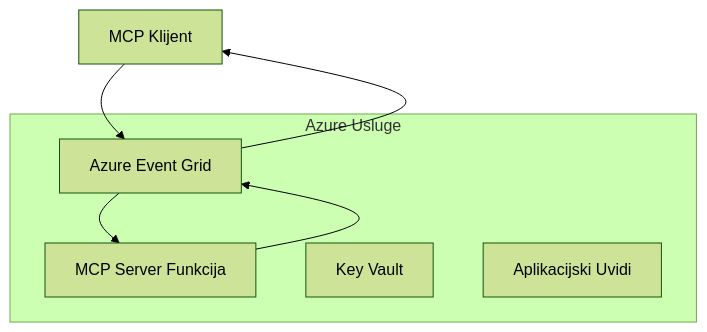
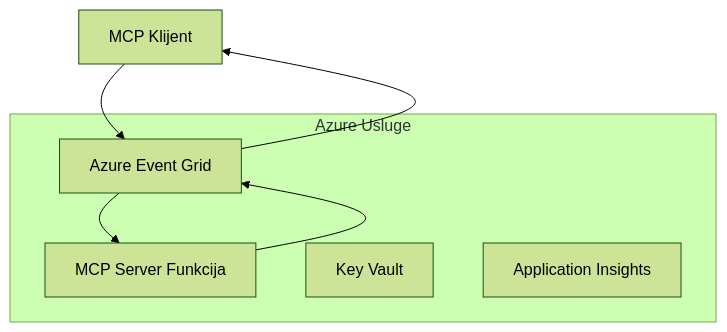
One commit to HIDORAKAI002/ai-workspace-archive changed the first of 2 diagrams in mcp_ecosystem__model_context_protocol/mcp_learning_resources/mcp-for-beginners/translations/hr/05-AdvancedTopics/mcp-transport/README.md. Above: the diagram before and after it, drawn with Mermaid (forest theme). The commit also changed other lines of this file and 1046 other files, not shown here.

````diff
--- a/mcp_ecosystem__model_context_protocol/mcp_learning_resources/mcp-for-beginners/translations/hr/05-AdvancedTopics/mcp-transport/README.md
+++ b/mcp_ecosystem__model_context_protocol/mcp_learning_resources/mcp-for-beginners/translations/hr/05-AdvancedTopics/mcp-transport/README.md
@@ -58,14 +60,14 @@
 ```mermaid
 graph TB
     Client[MCP Klijent] --> EG[Azure Event Grid]
     EG --> Server[MCP Server Funkcija]
     Server --> EG
     EG --> Client
     
     subgraph "Azure Usluge"
         EG
         Server
         KV[Key Vault]
-        Monitor[Aplikacijski Uvidi]
+        Monitor[Application Insights]
     end
 ```
````
